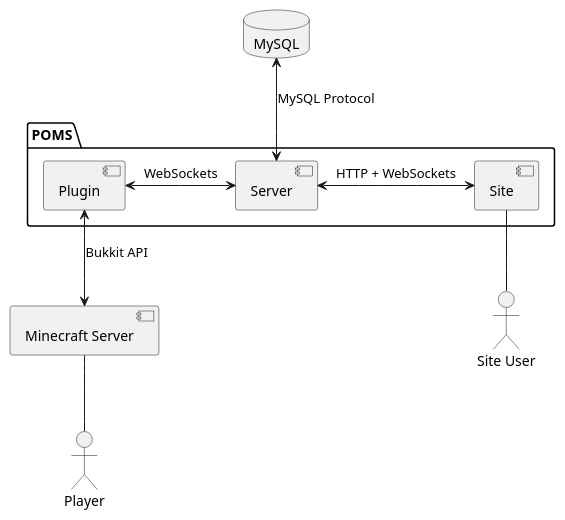
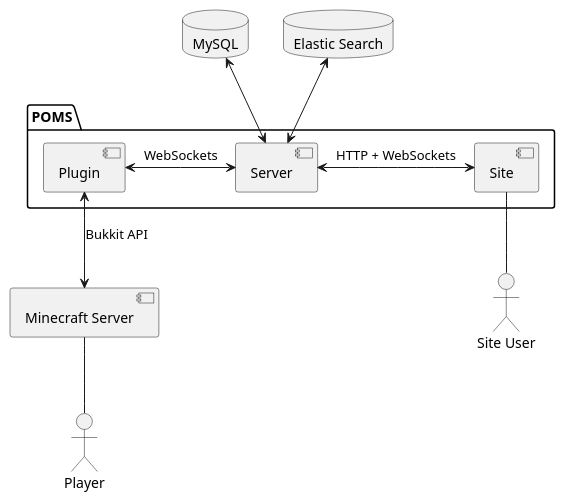
The diagram in docs/architecture.puml (Maksim2498/poms), drawn with PlantUML before and after one commit. The commit also changed 1 other file, not shown here.

Commit message:
Updated architecture.*

```diff
--- a/docs/architecture.puml
+++ b/docs/architecture.puml
@@ -1,26 +1,28 @@
 @startuml
 
 database MySQL as Database
+database "Elastic Search" as SearchEngine
 
 [Minecraft Server] as MinecraftServer
 
 package POMS {
     [Server]
     [Plugin]
     [Site]
 }
 
 actor "Site User" as SiteUser
 actor Player
 
-Database <--> Server : MySQL Protocol
+Database <--> Server
+SearchEngine <--> Server
 
 Server <-l-> Plugin : WebSockets
 Server <-r-> Site : HTTP + WebSockets
 
 Plugin <--> MinecraftServer : Bukkit API
 
 MinecraftServer -- Player
 Site -- SiteUser
 
 @enduml
```
